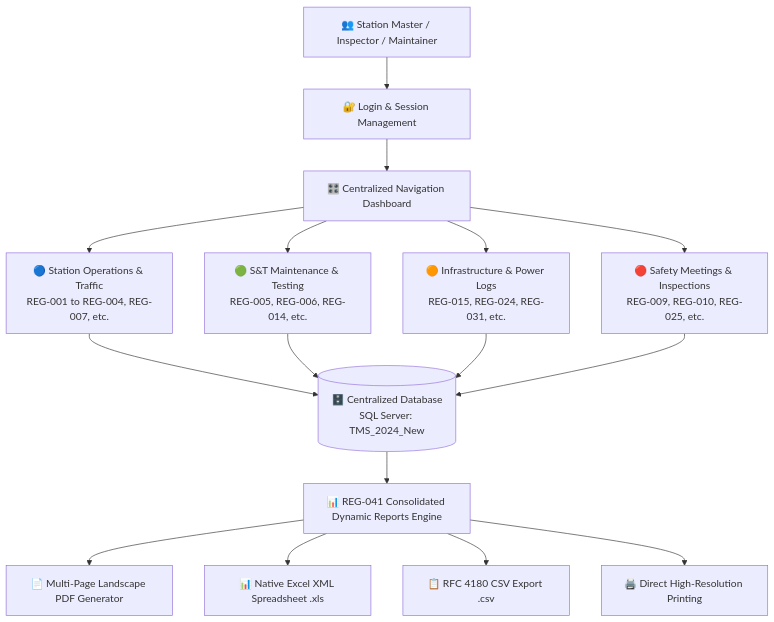
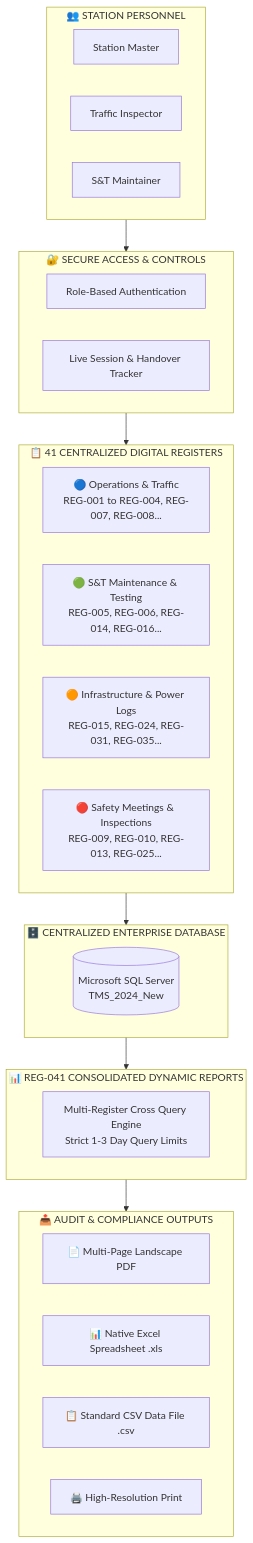
Before and after one commit to VamshiKrishnaSiribommala/Mern_workshop: the diagram in README.md, drawn with Mermaid. The commit also changed other lines of this file, not shown here.

Commit message:
Update print statement from 'Hello' to 'Goodbye'

````diff
--- a/README.md
+++ b/README.md
@@ -72,19 +90,41 @@
 ```mermaid
 graph TD
-    A[👥 Station Master / Inspector / Maintainer] --> B[🔐 Login & Session Management]
-    B --> C[🎛️ Centralized Navigation Dashboard]
-    
-    C --> D1[🔵 Station Operations & Traffic\nREG-001 to REG-004, REG-007, etc.]
-    C --> D2[🟢 S&T Maintenance & Testing\nREG-005, REG-006, REG-014, etc.]
-    C --> D3[🟠 Infrastructure & Power Logs\nREG-015, REG-024, REG-031, etc.]
-    C --> D4[🔴 Safety Meetings & Inspections\nREG-009, REG-010, REG-025, etc.]
-    
-    D1 & D2 & D3 & D4 --> E[(🗄️ Centralized Database\nSQL Server: TMS_2024_New)]
-    
-    E --> F[📊 REG-041 Consolidated Dynamic Reports Engine]
-    
-    F --> G1[📄 Multi-Page Landscape PDF Generator]
-    F --> G2[📊 Native Excel XML Spreadsheet .xls]
-    F --> G3[📋 RFC 4180 CSV Export .csv]
-    F --> G4[🖨️ Direct High-Resolution Printing]
+    subgraph StationStaff ["👥 STATION PERSONNEL"]
+        U1[Station Master]
+        U2[Traffic Inspector]
+        U3[S&T Maintainer]
+    end
+
+    subgraph SecurityLayer ["🔐 SECURE ACCESS & CONTROLS"]
+        S1[Role-Based Authentication]
+        S2[Live Session & Handover Tracker]
+    end
+
+    subgraph OperationalRegisters ["📋 41 CENTRALIZED DIGITAL REGISTERS"]
+        R1[🔵 Operations & Traffic<br/>REG-001 to REG-004, REG-007, REG-008...]
+        R2[🟢 S&T Maintenance & Testing<br/>REG-005, REG-006, REG-014, REG-016...]
+        R3[🟠 Infrastructure & Power Logs<br/>REG-015, REG-024, REG-031, REG-035...]
+        R4[🔴 Safety Meetings & Inspections<br/>REG-009, REG-010, REG-013, REG-025...]
+    end
+
+    subgraph DatabaseLayer ["🗄️ CENTRALIZED ENTERPRISE DATABASE"]
+        DB[(Microsoft SQL Server<br/>TMS_2024_New)]
+    end
+
+    subgraph ReportingEngine ["📊 REG-041 CONSOLIDATED DYNAMIC REPORTS"]
+        REP[Multi-Register Cross Query Engine<br/>Strict 1-3 Day Query Limits]
+    end
+
+    subgraph ExportOutputs ["📤 AUDIT & COMPLIANCE OUTPUTS"]
+        E1[📄 Multi-Page Landscape PDF]
+        E2[📊 Native Excel Spreadsheet .xls]
+        E3[📋 Standard CSV Data File .csv]
+        E4[🖨️ High-Resolution Print]
+    end
+
+    StationStaff --> SecurityLayer
+    SecurityLayer --> OperationalRegisters
+    OperationalRegisters --> DatabaseLayer
+    DatabaseLayer --> ReportingEngine
+    ReportingEngine --> ExportOutputs
 ```
````
